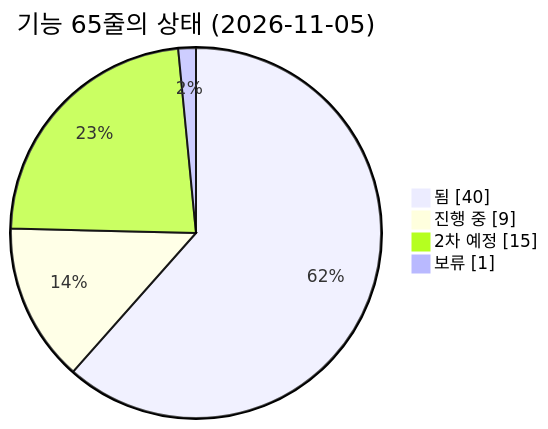
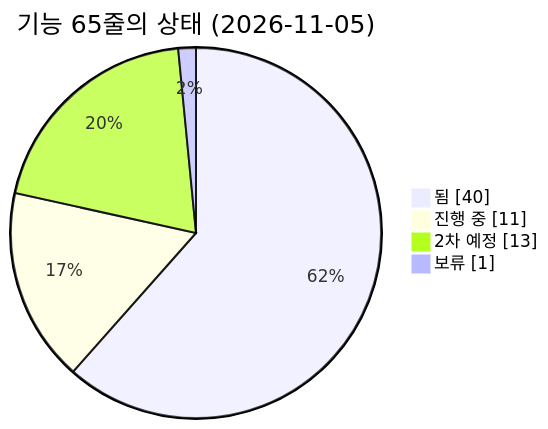
Before and after one commit to agent-ddalgi-team/final-geosan: the first of 3 diagrams in docs/map/feature-map.md, drawn with Mermaid. The commit also changed other lines of this file and 3 other files, not shown here.

````diff
--- a/docs/map/feature-map.md
+++ b/docs/map/feature-map.md
@@ -31,8 +31,8 @@
 ```mermaid
 pie showData
     title 기능 65줄의 상태 (2026-11-05)
     "됨" : 40
-    "진행 중" : 9
-    "2차 예정" : 15
+    "진행 중" : 11
+    "2차 예정" : 13
     "보류" : 1
 ```
````
